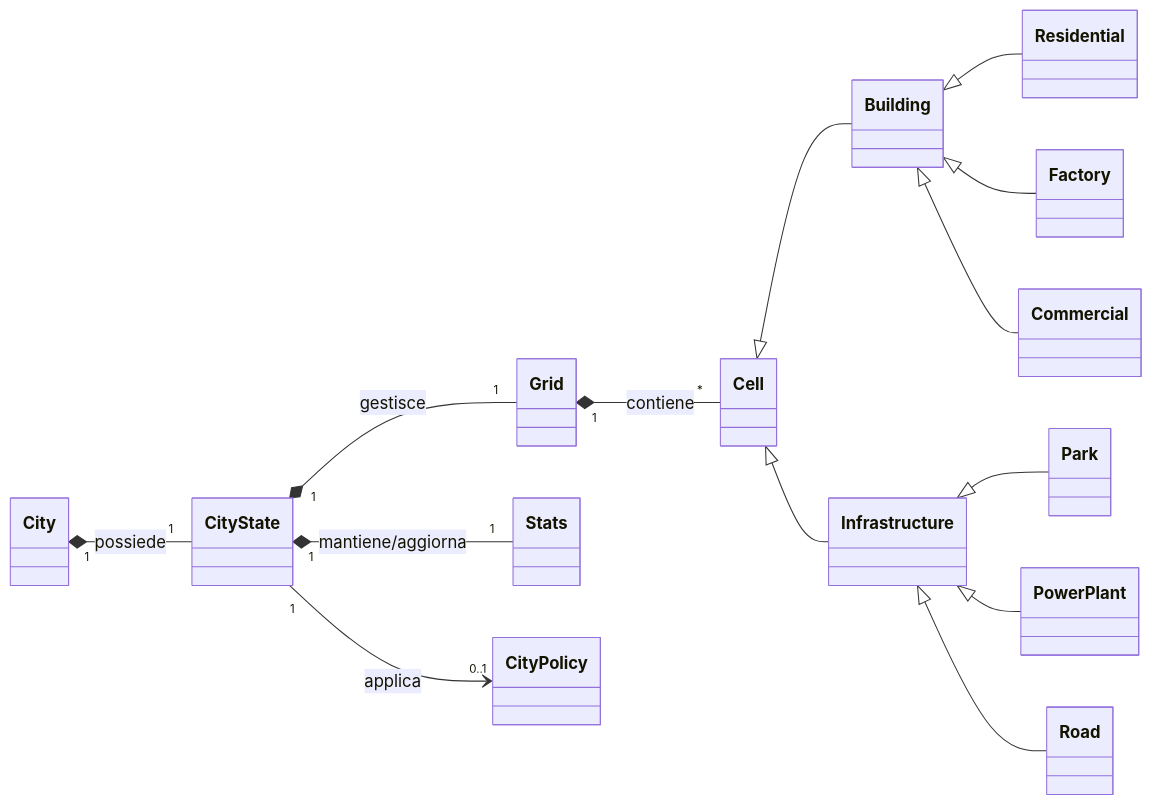
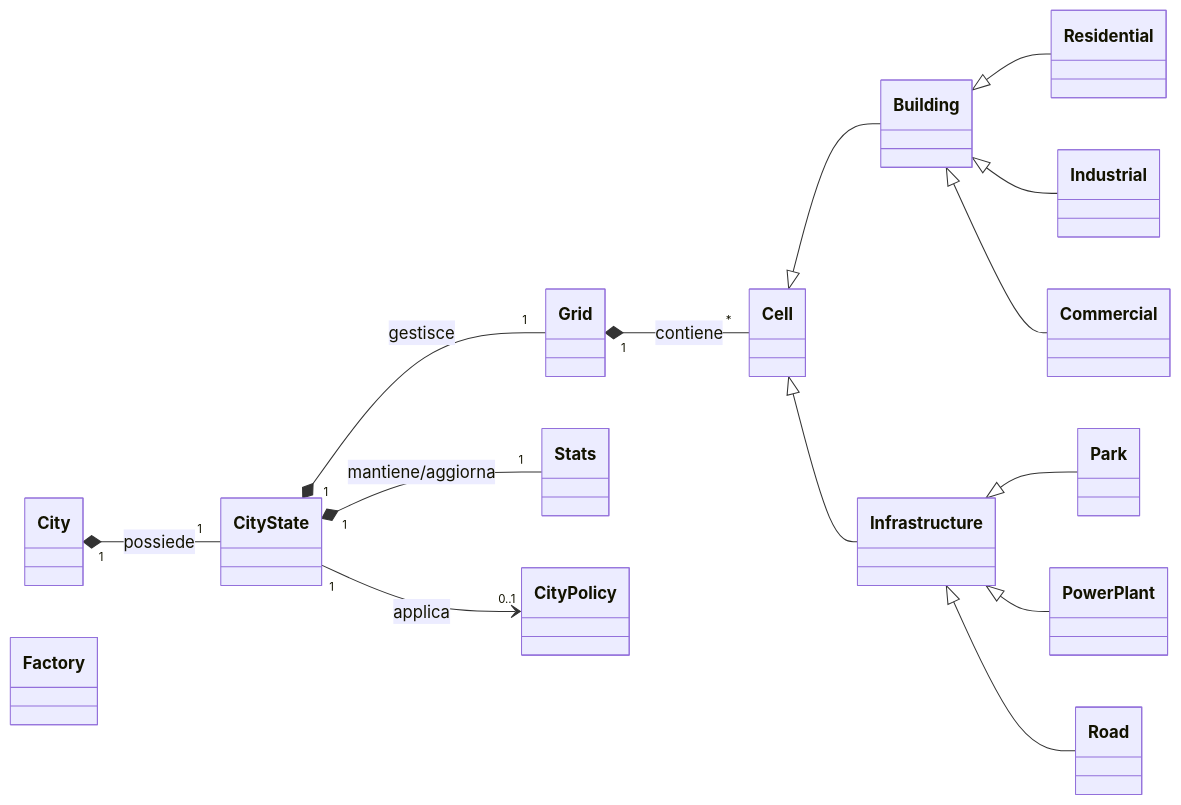
The diagram in docs/domain-model-test.md (andreatoson3-netizen/Amatriciana), drawn with Mermaid before and after one commit.

````diff
--- a/docs/domain-model-test.md
+++ b/docs/domain-model-test.md
@@ -1,62 +1,62 @@
 ```mermaid
 classDiagram
     direction LR
 
     %% =========================
     %% MAIN DOMAIN ENTITIES
     %% =========================
 
     class City
 
     class CityState
 
     class Grid
 
     class Cell
 
     class Building
 
     class Infrastructure
 
     class Residential
 
     class Factory
 
     class Commercial
 
     class Park
 
     class PowerPlant
 
     class Road
 
     class Stats
 
     class CityPolicy
 
 
     %% =========================
     %% RELATIONSHIPS
     %% =========================
 
     City "1" *-- "1" CityState : possiede
 
     CityState "1" *-- "1" Grid : gestisce
 
     CityState "1" *-- "1" Stats : mantiene/aggiorna
 
     CityState "1" --> "0..1" CityPolicy : applica
 
     Grid "1" *-- "*" Cell : contiene
 
     Cell <|-- Building
     Cell <|-- Infrastructure
 
     Building <|-- Residential
-    Building <|-- Factory
+    Building <|-- Industrial
     Building <|-- Commercial
 
     Infrastructure <|-- Park
     Infrastructure <|-- PowerPlant
     Infrastructure <|-- Road
 ```
````
